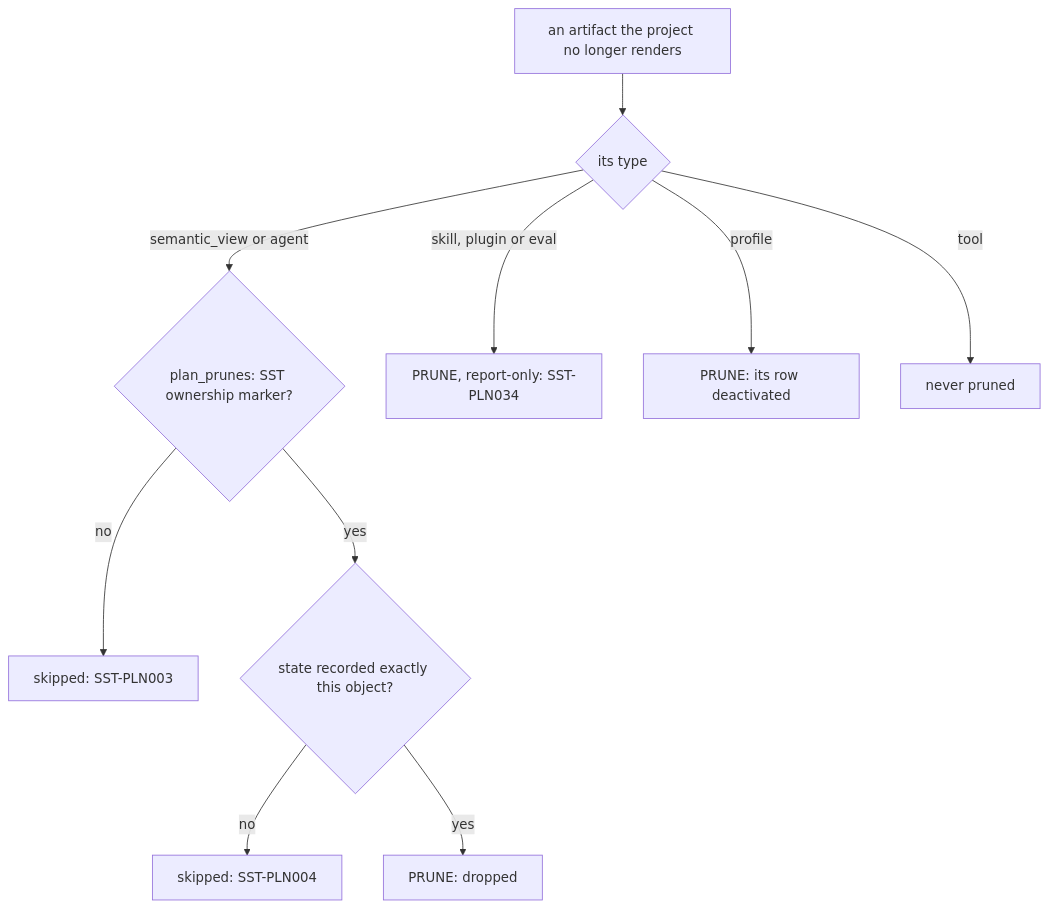
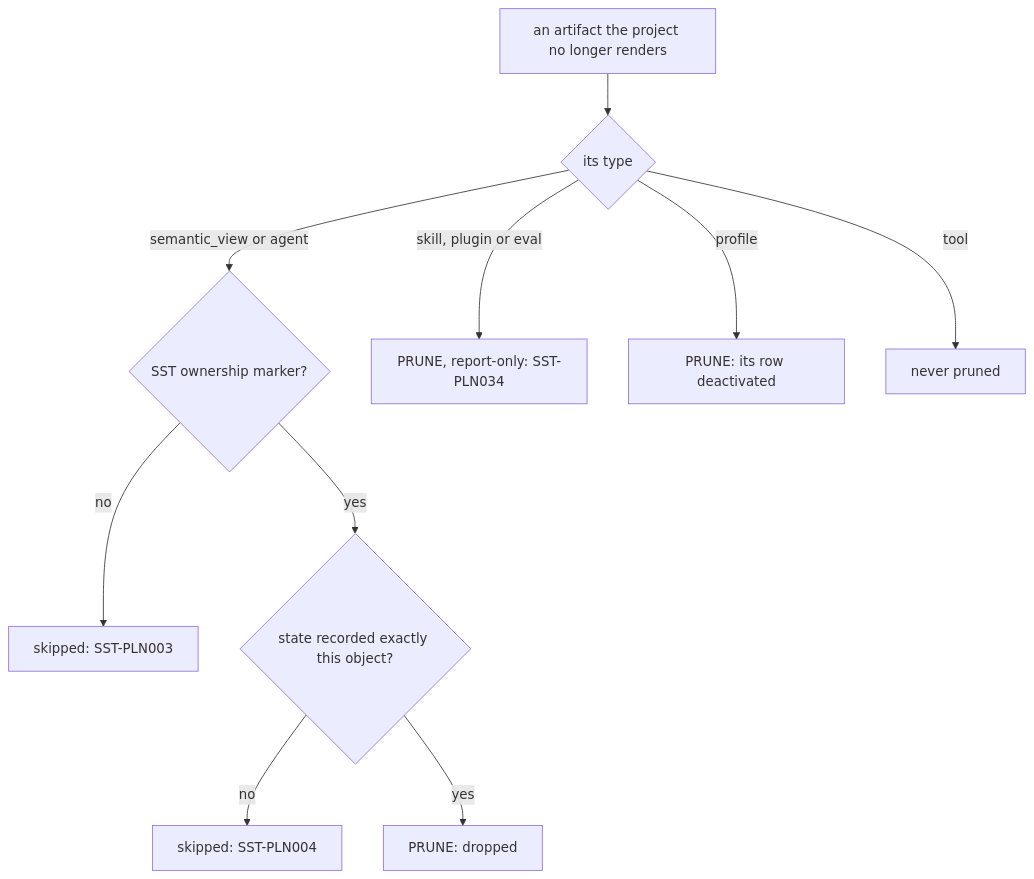
One commit to WhoopInc/snowflake-semantic-tools changed the third of 3 diagrams in docs/concepts.md. Above: the diagram before and after it, drawn with Mermaid. The commit also changed other lines of this file and 11 other files, not shown here.

````diff
--- a/docs/concepts.md
+++ b/docs/concepts.md
@@ -356,12 +357,12 @@
 ```mermaid
 flowchart TD
     gone["an artifact the project no longer renders"] --> which{"its type"}
-    which -->|"semantic_view or agent"| mark{"plan_prunes: SST ownership marker?"}
+    which -->|"semantic_view or agent"| mark{"SST ownership marker?"}
     mark -- no --> s3["skipped: SST-PLN003"]
     mark -- yes --> agree{"state recorded exactly this object?"}
     agree -- no --> s4["skipped: SST-PLN004"]
     agree -- yes --> drop["PRUNE: dropped"]
     which -->|"skill, plugin or eval"| report["PRUNE, report-only: SST-PLN034"]
     which -- profile --> deactivate["PRUNE: its row deactivated"]
     which -- tool --> kept["never pruned"]
 ```
````
